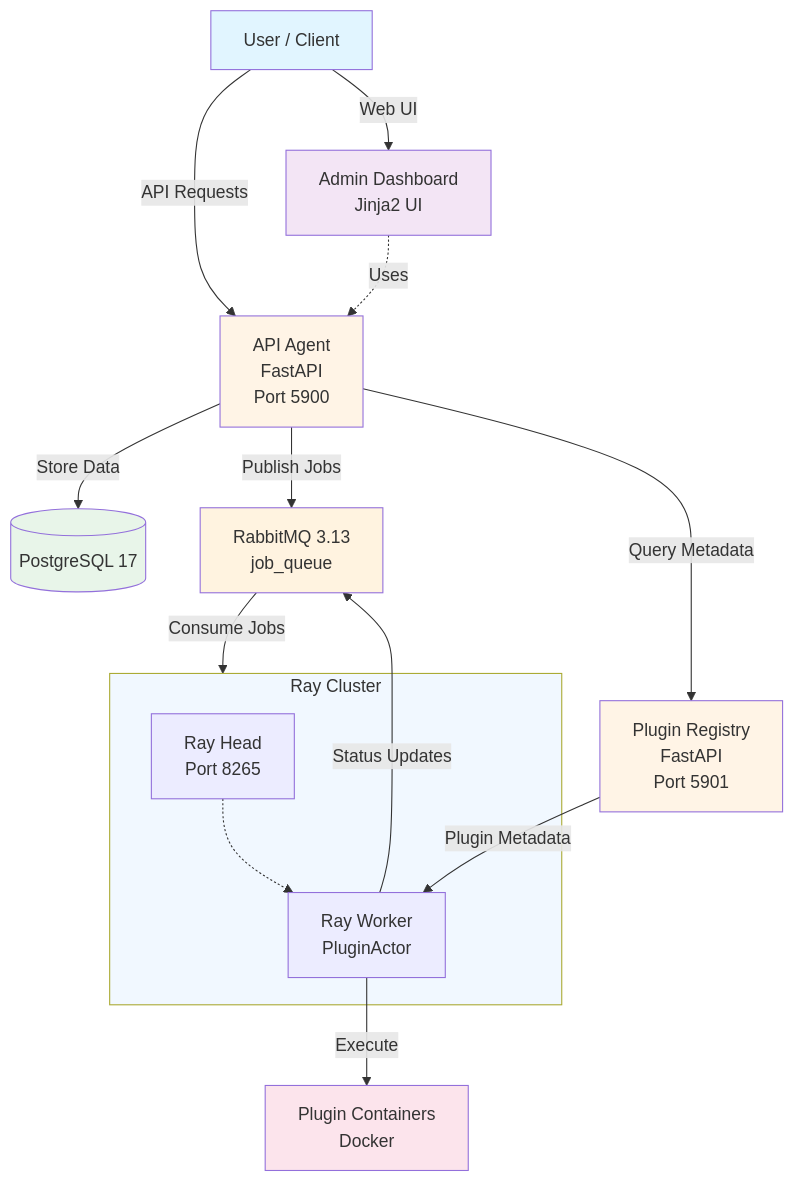
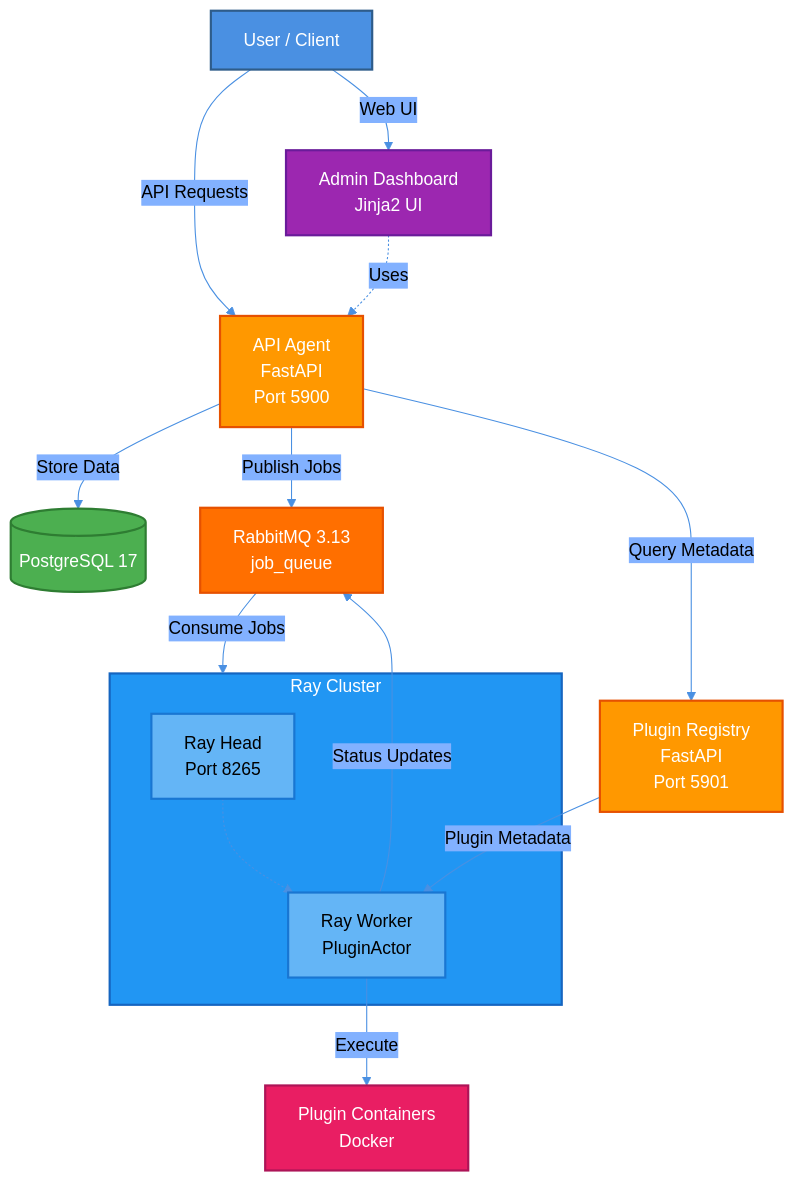
One commit to hwangjongtaek/orc-ray-agent changed the diagram in README.md. Above: the diagram before and after it, drawn with Mermaid. The commit also changed 1 other file, not shown here.

Commit message:
Enforce Mermaid diagram standards and light/dark mode compatibility in AGENT.md and README.md

````diff
--- a/README.md
+++ b/README.md
@@ -109,35 +109,41 @@
 ```mermaid
+%%{init: {'theme':'base', 'themeVariables': {'primaryColor':'#4A90E2','primaryTextColor':'#000','primaryBorderColor':'#2E5C8A','lineColor':'#4A90E2','secondaryColor':'#82B1FF','tertiaryColor':'#B3E5FC'}}}%%
 graph TB
     User[User / Client]
 
     User -->|API Requests| APIAgent[API Agent<br/>FastAPI<br/>Port 5900]
     User -->|Web UI| Dashboard[Admin Dashboard<br/>Jinja2 UI]
 
     Dashboard -.->|Uses| APIAgent
 
     APIAgent -->|Store Data| PostgreSQL[(PostgreSQL 17)]
     APIAgent -->|Publish Jobs| RabbitMQ[RabbitMQ 3.13<br/>job_queue]
     APIAgent -->|Query Metadata| PluginRegistry[Plugin Registry<br/>FastAPI<br/>Port 5901]
 
     RabbitMQ -->|Consume Jobs| RayCluster[Ray Cluster]
 
     subgraph RayCluster[Ray Cluster]
         RayHead[Ray Head<br/>Port 8265]
         RayWorker[Ray Worker<br/>PluginActor]
         RayHead -.-> RayWorker
     end
 
     RayWorker -->|Execute| PluginContainers[Plugin Containers<br/>Docker]
     RayWorker -->|Status Updates| RabbitMQ
 
     PluginRegistry -->|Plugin Metadata| RayWorker
 
-    style User fill:#e1f5ff
-    style APIAgent fill:#fff4e6
-    style Dashboard fill:#f3e5f5
-    style PostgreSQL fill:#e8f5e9
-    style RabbitMQ fill:#fff3e0
-    style PluginRegistry fill:#fff4e6
-    style RayCluster fill:#f1f8ff
-    style PluginContainers fill:#fce4ec
+    %% Styling for light/dark mode compatibility
+    style User fill:#4A90E2,stroke:#2E5C8A,stroke-width:2px,color:#fff
+    style APIAgent fill:#FF9800,stroke:#E65100,stroke-width:2px,color:#fff
+    style Dashboard fill:#9C27B0,stroke:#6A1B9A,stroke-width:2px,color:#fff
+    style PostgreSQL fill:#4CAF50,stroke:#2E7D32,stroke-width:2px,color:#fff
+    style RabbitMQ fill:#FF6F00,stroke:#E65100,stroke-width:2px,color:#fff
+    style PluginRegistry fill:#FF9800,stroke:#E65100,stroke-width:2px,color:#fff
+    style RayCluster fill:#2196F3,stroke:#1565C0,stroke-width:2px,color:#fff
+    style RayHead fill:#64B5F6,stroke:#1976D2,stroke-width:2px,color:#000
+    style RayWorker fill:#64B5F6,stroke:#1976D2,stroke-width:2px,color:#000
+    style PluginContainers fill:#E91E63,stroke:#AD1457,stroke-width:2px,color:#fff
+
+    classDef default fill:#90CAF9,stroke:#1976D2,stroke-width:2px,color:#000
 ```
````
